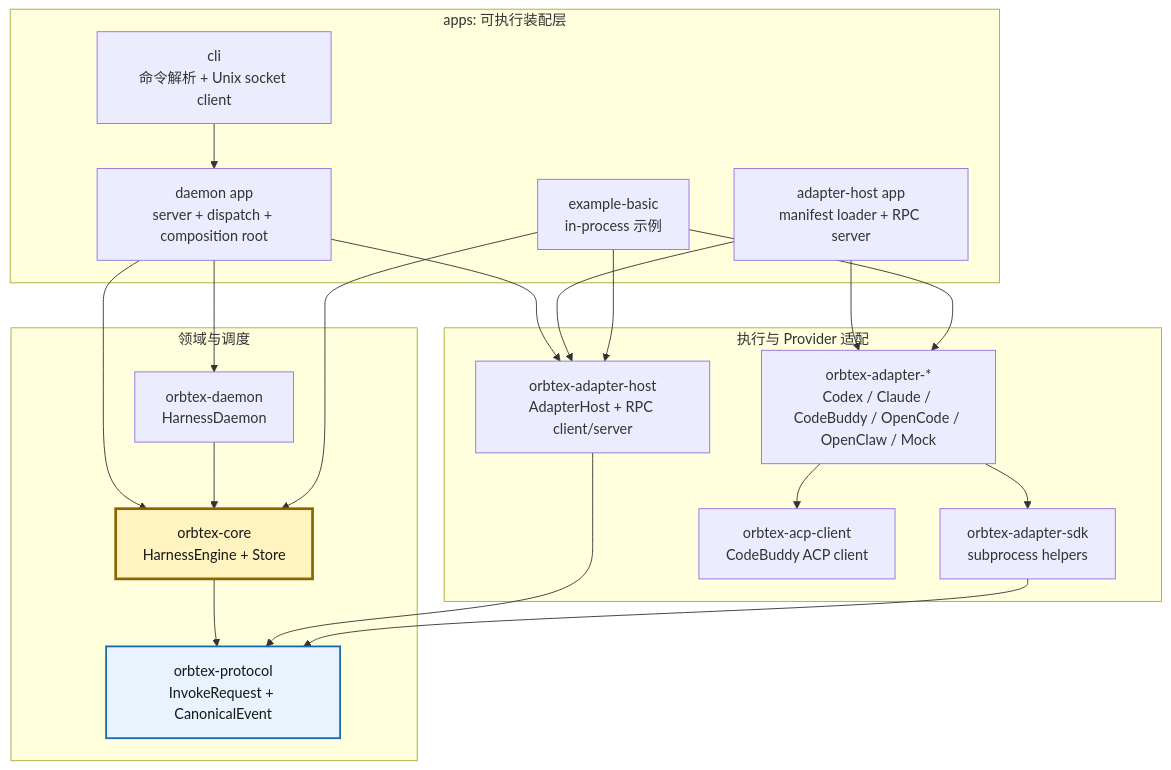
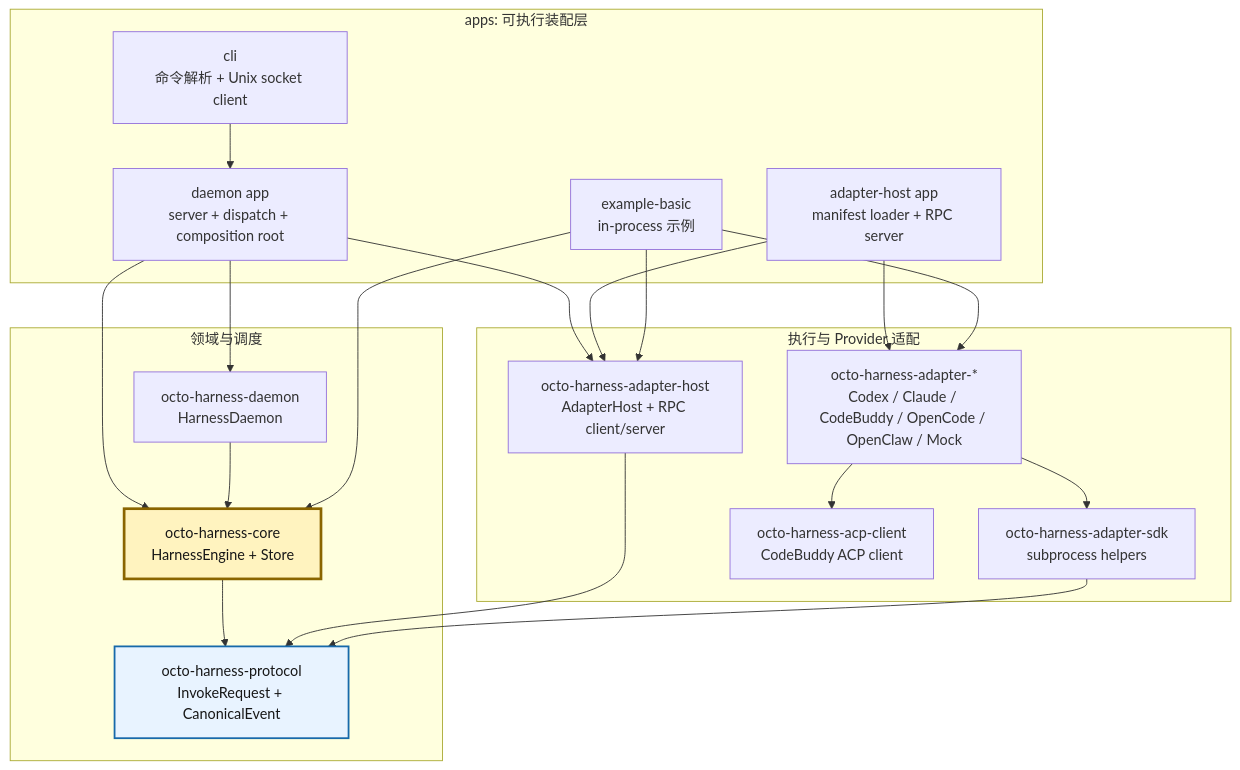
Before and after one commit to LarsonLian/octo-runtime: the first of 8 diagrams in docs/02-module-and-transport-flow.md, drawn with Mermaid. The commit also changed other lines of this file and 159 other files, not shown here.

Commit message:
feat!: rename Orbtex to Octo Harness

````diff
--- a/docs/02-module-and-transport-flow.md
+++ b/docs/02-module-and-transport-flow.md
@@ -18,41 +18,41 @@
 ```mermaid
 flowchart TB
   subgraph Apps["apps: 可执行装配层"]
     CLI["cli\n命令解析 + Unix socket client"]
     DA["daemon app\nserver + dispatch + composition root"]
     HA["adapter-host app\nmanifest loader + RPC server"]
     EX["example-basic\nin-process 示例"]
   end
 
   subgraph Domain["领域与调度"]
-    DL["orbtex-daemon\nHarnessDaemon"]
-    CORE["orbtex-core\nHarnessEngine + Store"]:::core
-    PROTO["orbtex-protocol\nInvokeRequest + CanonicalEvent"]:::contract
+    DL["octo-harness-daemon\nHarnessDaemon"]
+    CORE["octo-harness-core\nHarnessEngine + Store"]:::core
+    PROTO["octo-harness-protocol\nInvokeRequest + CanonicalEvent"]:::contract
   end
 
   subgraph Execution["执行与 Provider 适配"]
-    HOST["orbtex-adapter-host\nAdapterHost + RPC client/server"]
-    SDK["orbtex-adapter-sdk\nsubprocess helpers"]
-    ADAPTERS["orbtex-adapter-*\nCodex / Claude / CodeBuddy / OpenCode / OpenClaw / Mock"]
-    ACP["orbtex-acp-client\nCodeBuddy ACP client"]
+    HOST["octo-harness-adapter-host\nAdapterHost + RPC client/server"]
+    SDK["octo-harness-adapter-sdk\nsubprocess helpers"]
+    ADAPTERS["octo-harness-adapter-*\nCodex / Claude / CodeBuddy / OpenCode / OpenClaw / Mock"]
+    ACP["octo-harness-acp-client\nCodeBuddy ACP client"]
   end
 
   CLI --> DA
   DA --> DL
   DA --> CORE
   DA --> HOST
   DL --> CORE
   CORE --> PROTO
   HOST --> PROTO
   SDK --> PROTO
   ADAPTERS --> SDK
   ADAPTERS --> ACP
   HA --> HOST
   HA --> ADAPTERS
   EX --> CORE
   EX --> HOST
   EX --> ADAPTERS
 
   classDef core fill:#fff3bf,stroke:#8a6500,stroke-width:3px,color:#171717;
   classDef contract fill:#e8f3ff,stroke:#1769aa,stroke-width:2px,color:#171717;
 ```
````
